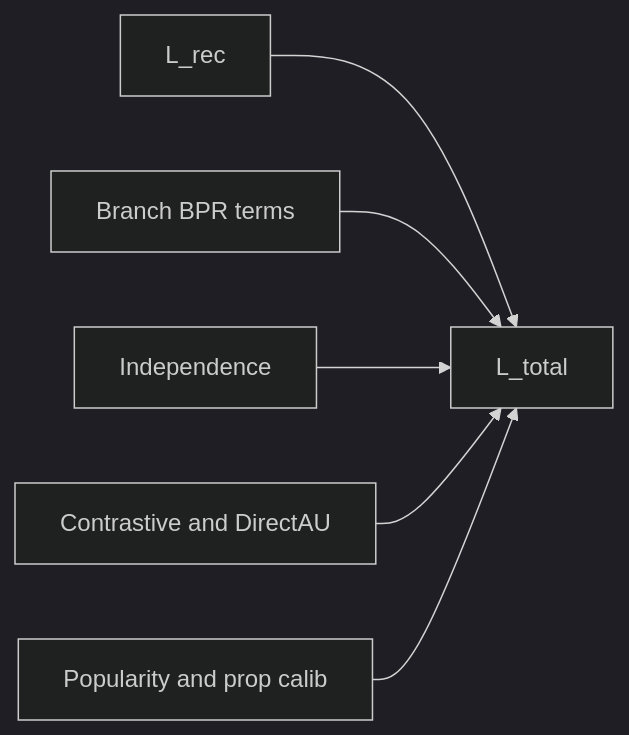
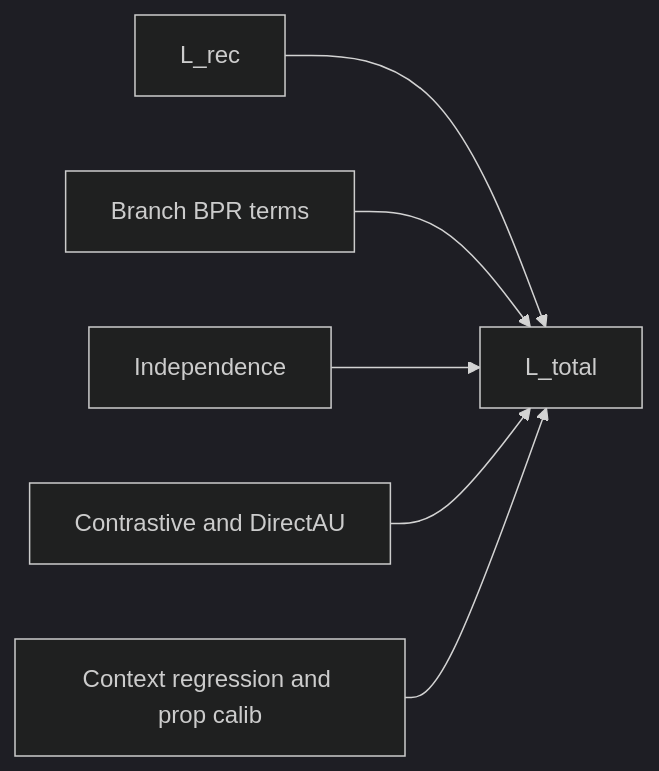
The diagram in .github/skills/ucagnn-implementation/ucagnn-losses.md (LazarosPan/Efficient-Disentangled-Graph-Recommender), drawn with Mermaid (dark theme) before and after one commit. The commit also changed other lines of this file and 127 other files, not shown here.

````diff
--- a/.github/skills/ucagnn-implementation/ucagnn-losses.md
+++ b/.github/skills/ucagnn-implementation/ucagnn-losses.md
@@ -15,8 +15,8 @@
 ```mermaid
 flowchart LR
     A[L_rec] --> T[L_total]
     B[Branch BPR terms] --> T
     C[Independence] --> T
     D[Contrastive and DirectAU] --> T
-    E[Popularity and prop calib] --> T
+    E[Context regression and prop calib] --> T
 ```
````
